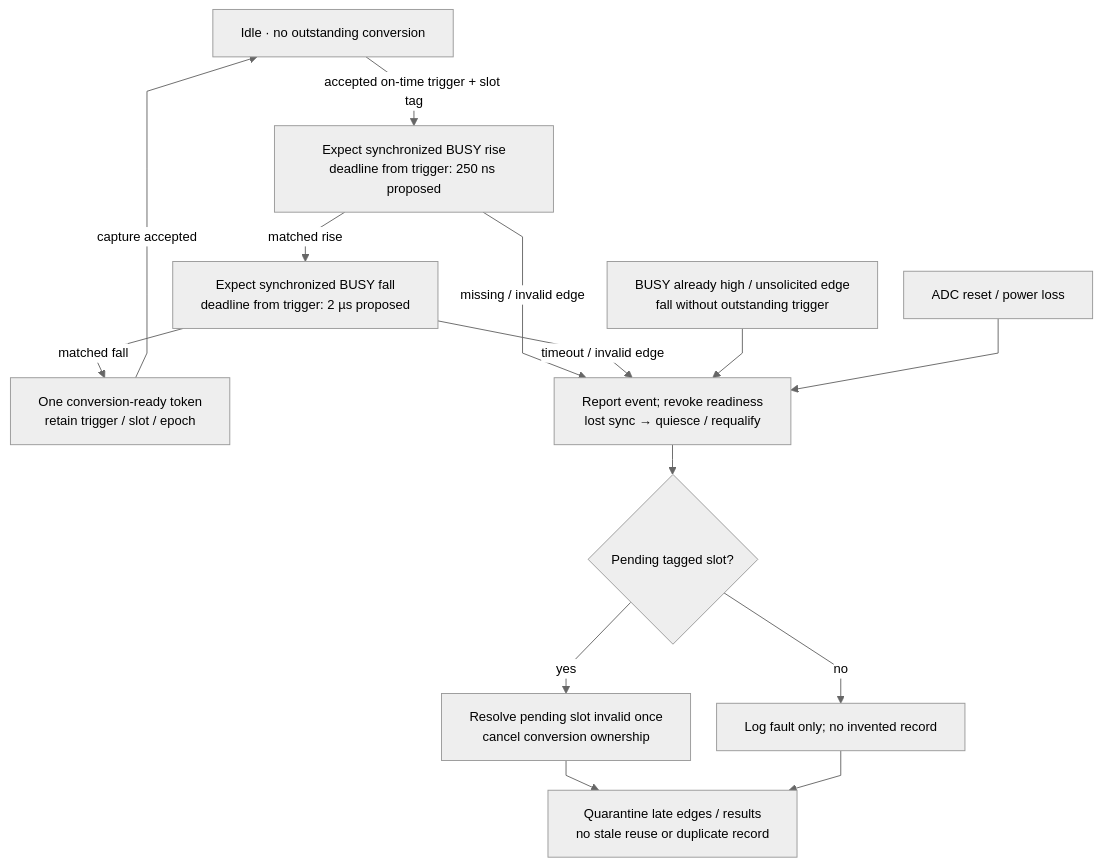
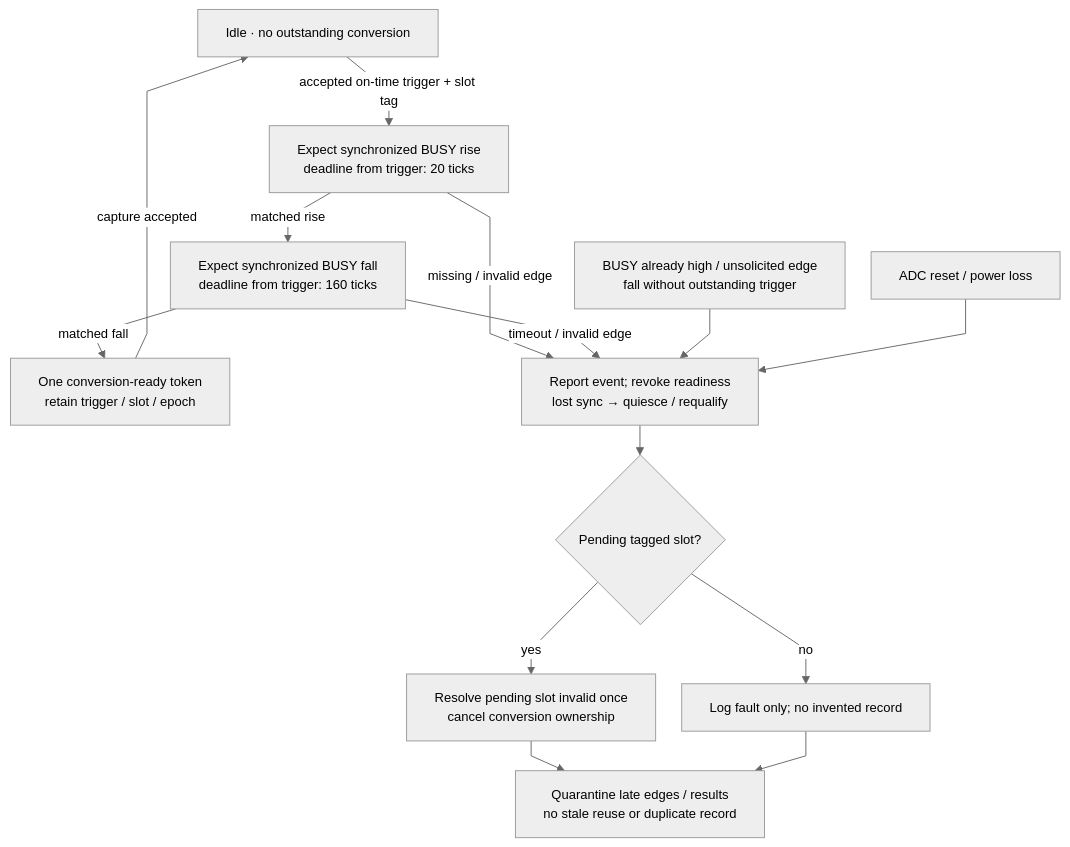
One commit to baolgn/DRG-pain-project changed the tenth of 27 diagrams in microcontroller/acquisition/README.md. Above: the diagram before and after it, drawn with Mermaid. The commit also changed other lines of this file and 23 other files, not shown here.

````diff
--- a/microcontroller/acquisition/README.md
+++ b/microcontroller/acquisition/README.md
@@ -239,17 +242,17 @@
 ```mermaid
 %%{init: {"theme":"neutral","themeVariables":{"fontFamily":"Arial,sans-serif","fontSize":"14px"},"flowchart":{"htmlLabels":true,"minNodeWidth":0,"wrappingWidth":240,"nodeSpacing":28,"rankSpacing":32,"curve":"linear"}}}%%
 flowchart TB
-    IDLE["Idle · no outstanding conversion"] -->|"accepted on-time trigger + slot tag"| RISE["Expect synchronized BUSY rise<br/>deadline from trigger: 250 ns proposed"]
-    RISE -->|"matched rise"| FALL["Expect synchronized BUSY fall<br/>deadline from trigger: 2 µs proposed"]
+    IDLE["Idle · no outstanding conversion"] -->|"accepted on-time trigger + slot tag"| RISE["Expect synchronized BUSY rise<br/>deadline from trigger: 20 ticks"]
+    RISE -->|"matched rise"| FALL["Expect synchronized BUSY fall<br/>deadline from trigger: 160 ticks"]
     FALL -->|"matched fall"| READY["One conversion-ready token<br/>retain trigger / slot / epoch"]
     READY -->|"capture accepted"| IDLE
     RISE -->|"missing / invalid edge"| BAD["Report event; revoke readiness<br/>lost sync → quiesce / requalify"]
     FALL -->|"timeout / invalid edge"| BAD
     STRAY["BUSY already high / unsolicited edge<br/>fall without outstanding trigger"] --> BAD
     BAD --> PENDING{"Pending tagged slot?"}
     PENDING -->|"yes"| CANCEL["Resolve pending slot invalid once<br/>cancel conversion ownership"]
     PENDING -->|"no"| EVENT["Log fault only; no invented record"]
     CANCEL --> HOLD["Quarantine late edges / results<br/>no stale reuse or duplicate record"]
     EVENT --> HOLD
     RESET["ADC reset / power loss"] --> BAD
 ```
````
